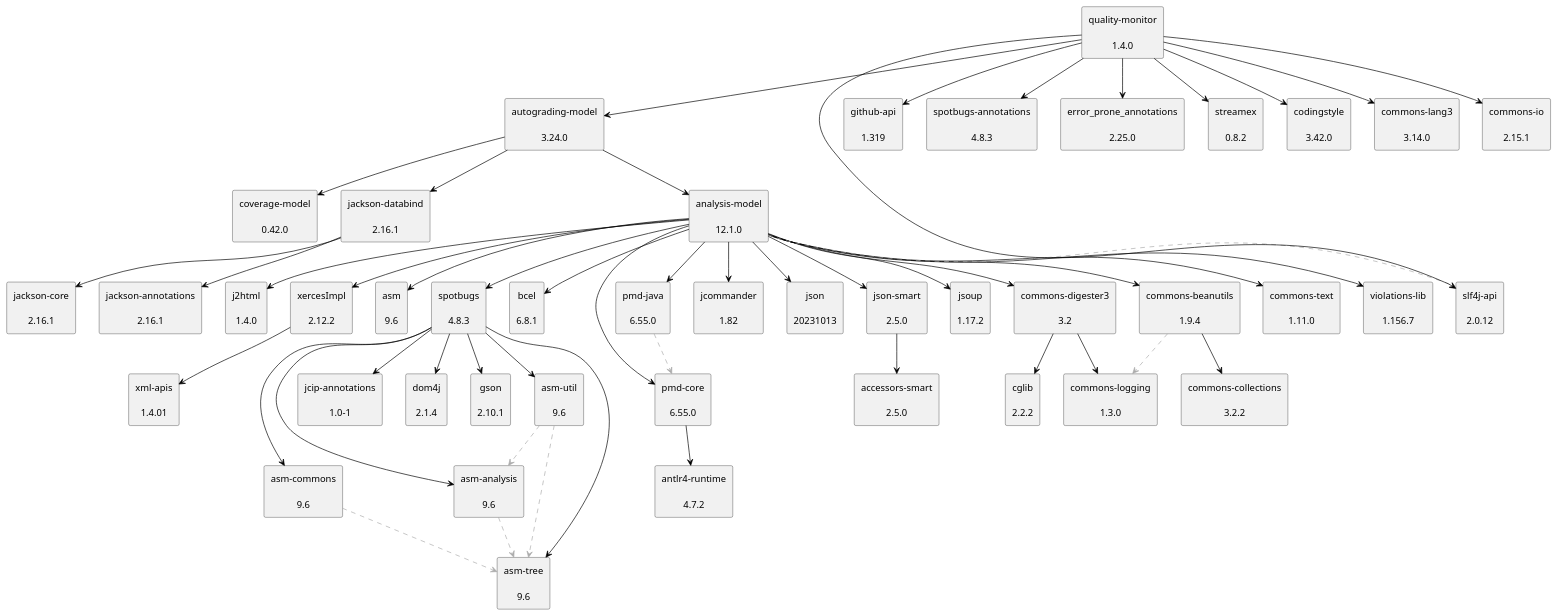
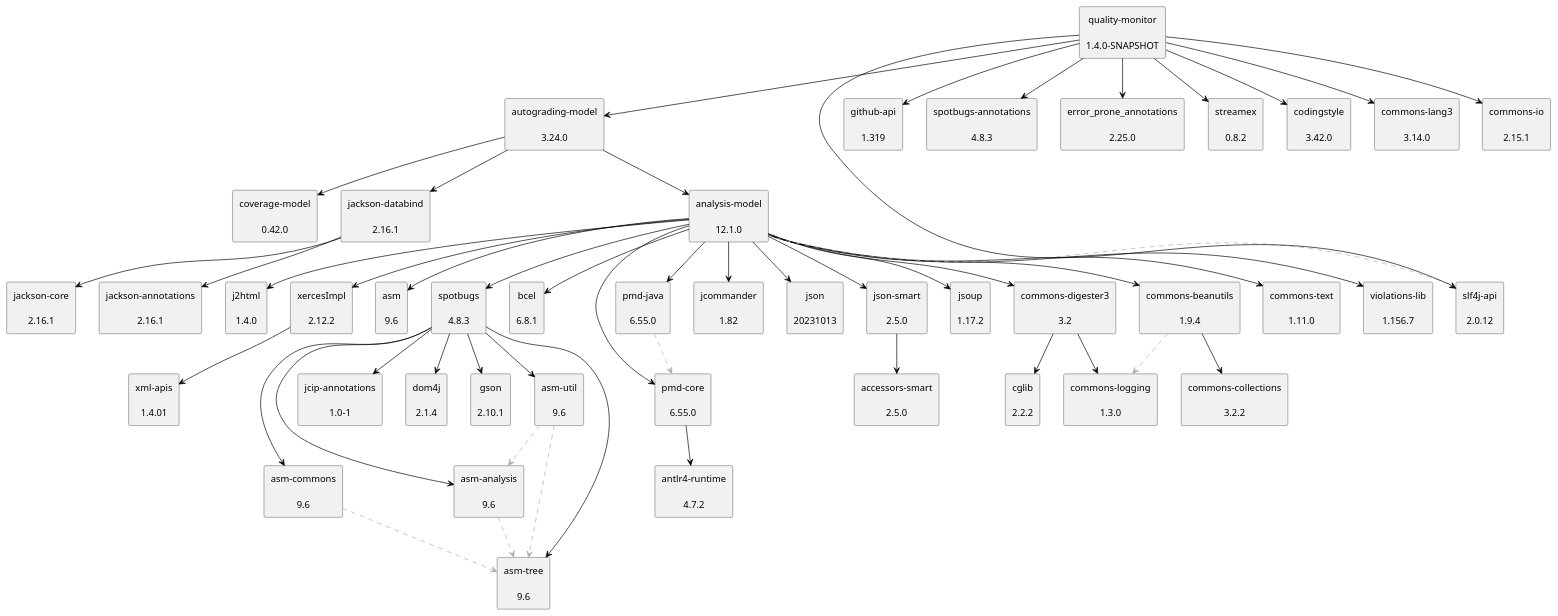
One commit to uhafner/quality-monitor changed the diagram in doc/dependency-graph.puml. Above: the diagram before and after it, drawn with PlantUML. The commit also changed 2 other files, not shown here.

Commit message:
Bump version to 1.5.0-SNAPSHOT.

```diff
--- a/doc/dependency-graph.puml
+++ b/doc/dependency-graph.puml
@@ -1,101 +1,101 @@
 @startuml
 skinparam defaultTextAlignment center
 skinparam rectangle {
   BackgroundColor<<optional>> beige
   BackgroundColor<<test>> lightGreen
   BackgroundColor<<runtime>> lightBlue
   BackgroundColor<<provided>> lightGray
 }
 rectangle "analysis-model\n\n12.1.0" as edu_hm_hafner_analysis_model_jar
 rectangle "jsoup\n\n1.17.2" as org_jsoup_jsoup_jar
 rectangle "commons-digester3\n\n3.2" as org_apache_commons_commons_digester3_jar
 rectangle "cglib\n\n2.2.2" as cglib_cglib_jar
 rectangle "commons-logging\n\n1.3.0" as commons_logging_commons_logging_jar
 rectangle "commons-beanutils\n\n1.9.4" as commons_beanutils_commons_beanutils_jar
 rectangle "commons-collections\n\n3.2.2" as commons_collections_commons_collections_jar
 rectangle "commons-text\n\n1.11.0" as org_apache_commons_commons_text_jar
 rectangle "violations-lib\n\n1.156.7" as se_bjurr_violations_violations_lib_jar
 rectangle "j2html\n\n1.4.0" as com_j2html_j2html_jar
 rectangle "xercesImpl\n\n2.12.2" as xerces_xercesImpl_jar
 rectangle "xml-apis\n\n1.4.01" as xml_apis_xml_apis_jar
 rectangle "asm\n\n9.6" as org_ow2_asm_asm_jar
 rectangle "asm-analysis\n\n9.6" as org_ow2_asm_asm_analysis_jar
 rectangle "asm-tree\n\n9.6" as org_ow2_asm_asm_tree_jar
 rectangle "spotbugs\n\n4.8.3" as com_github_spotbugs_spotbugs_jar
 rectangle "asm-commons\n\n9.6" as org_ow2_asm_asm_commons_jar
 rectangle "asm-util\n\n9.6" as org_ow2_asm_asm_util_jar
 rectangle "jcip-annotations\n\n1.0-1" as com_github_stephenc_jcip_jcip_annotations_jar
 rectangle "dom4j\n\n2.1.4" as org_dom4j_dom4j_jar
 rectangle "gson\n\n2.10.1" as com_google_code_gson_gson_jar
 rectangle "bcel\n\n6.8.1" as org_apache_bcel_bcel_jar
 rectangle "pmd-core\n\n6.55.0" as net_sourceforge_pmd_pmd_core_jar
 rectangle "antlr4-runtime\n\n4.7.2" as org_antlr_antlr4_runtime_jar
 rectangle "jcommander\n\n1.82" as com_beust_jcommander_jar
 rectangle "pmd-java\n\n6.55.0" as net_sourceforge_pmd_pmd_java_jar
 rectangle "json\n\n20231013" as org_json_json_jar
 rectangle "json-smart\n\n2.5.0" as net_minidev_json_smart_jar
 rectangle "accessors-smart\n\n2.5.0" as net_minidev_accessors_smart_jar
 rectangle "slf4j-api\n\n2.0.12" as org_slf4j_slf4j_api_jar
 rectangle "autograding-model\n\n3.24.0" as edu_hm_hafner_autograding_model_jar
 rectangle "coverage-model\n\n0.42.0" as edu_hm_hafner_coverage_model_jar
 rectangle "jackson-databind\n\n2.16.1" as com_fasterxml_jackson_core_jackson_databind_jar
 rectangle "jackson-annotations\n\n2.16.1" as com_fasterxml_jackson_core_jackson_annotations_jar
 rectangle "jackson-core\n\n2.16.1" as com_fasterxml_jackson_core_jackson_core_jar
-rectangle "quality-monitor\n\n1.4.0" as edu_hm_hafner_quality_monitor_jar
+rectangle "quality-monitor\n\n1.4.0-SNAPSHOT" as edu_hm_hafner_quality_monitor_jar
 rectangle "github-api\n\n1.319" as org_kohsuke_github_api_jar
 rectangle "spotbugs-annotations\n\n4.8.3" as com_github_spotbugs_spotbugs_annotations_jar
 rectangle "error_prone_annotations\n\n2.25.0" as com_google_errorprone_error_prone_annotations_jar
 rectangle "streamex\n\n0.8.2" as one_util_streamex_jar
 rectangle "codingstyle\n\n3.42.0" as edu_hm_hafner_codingstyle_jar
 rectangle "commons-lang3\n\n3.14.0" as org_apache_commons_commons_lang3_jar
 rectangle "commons-io\n\n2.15.1" as commons_io_commons_io_jar
 edu_hm_hafner_analysis_model_jar -[#000000]-> org_jsoup_jsoup_jar
 org_apache_commons_commons_digester3_jar -[#000000]-> cglib_cglib_jar
 org_apache_commons_commons_digester3_jar -[#000000]-> commons_logging_commons_logging_jar
 edu_hm_hafner_analysis_model_jar -[#000000]-> org_apache_commons_commons_digester3_jar
 commons_beanutils_commons_beanutils_jar .[#ABABAB].> commons_logging_commons_logging_jar
 commons_beanutils_commons_beanutils_jar -[#000000]-> commons_collections_commons_collections_jar
 edu_hm_hafner_analysis_model_jar -[#000000]-> commons_beanutils_commons_beanutils_jar
 edu_hm_hafner_analysis_model_jar -[#000000]-> org_apache_commons_commons_text_jar
 edu_hm_hafner_analysis_model_jar -[#000000]-> se_bjurr_violations_violations_lib_jar
 edu_hm_hafner_analysis_model_jar -[#000000]-> com_j2html_j2html_jar
 xerces_xercesImpl_jar -[#000000]-> xml_apis_xml_apis_jar
 edu_hm_hafner_analysis_model_jar -[#000000]-> xerces_xercesImpl_jar
 edu_hm_hafner_analysis_model_jar -[#000000]-> org_ow2_asm_asm_jar
 org_ow2_asm_asm_analysis_jar .[#ABABAB].> org_ow2_asm_asm_tree_jar
 com_github_spotbugs_spotbugs_jar -[#000000]-> org_ow2_asm_asm_analysis_jar
 org_ow2_asm_asm_commons_jar .[#ABABAB].> org_ow2_asm_asm_tree_jar
 com_github_spotbugs_spotbugs_jar -[#000000]-> org_ow2_asm_asm_commons_jar
 com_github_spotbugs_spotbugs_jar -[#000000]-> org_ow2_asm_asm_tree_jar
 org_ow2_asm_asm_util_jar .[#ABABAB].> org_ow2_asm_asm_tree_jar
 org_ow2_asm_asm_util_jar .[#ABABAB].> org_ow2_asm_asm_analysis_jar
 com_github_spotbugs_spotbugs_jar -[#000000]-> org_ow2_asm_asm_util_jar
 com_github_spotbugs_spotbugs_jar -[#000000]-> com_github_stephenc_jcip_jcip_annotations_jar
 com_github_spotbugs_spotbugs_jar -[#000000]-> org_dom4j_dom4j_jar
 com_github_spotbugs_spotbugs_jar -[#000000]-> com_google_code_gson_gson_jar
 edu_hm_hafner_analysis_model_jar -[#000000]-> com_github_spotbugs_spotbugs_jar
 edu_hm_hafner_analysis_model_jar -[#000000]-> org_apache_bcel_bcel_jar
 net_sourceforge_pmd_pmd_core_jar -[#000000]-> org_antlr_antlr4_runtime_jar
 edu_hm_hafner_analysis_model_jar -[#000000]-> net_sourceforge_pmd_pmd_core_jar
 edu_hm_hafner_analysis_model_jar -[#000000]-> com_beust_jcommander_jar
 net_sourceforge_pmd_pmd_java_jar .[#ABABAB].> net_sourceforge_pmd_pmd_core_jar
 edu_hm_hafner_analysis_model_jar -[#000000]-> net_sourceforge_pmd_pmd_java_jar
 edu_hm_hafner_analysis_model_jar -[#000000]-> org_json_json_jar
 net_minidev_json_smart_jar -[#000000]-> net_minidev_accessors_smart_jar
 edu_hm_hafner_analysis_model_jar -[#000000]-> net_minidev_json_smart_jar
 edu_hm_hafner_analysis_model_jar .[#ABABAB].> org_slf4j_slf4j_api_jar
 edu_hm_hafner_autograding_model_jar -[#000000]-> edu_hm_hafner_analysis_model_jar
 edu_hm_hafner_autograding_model_jar -[#000000]-> edu_hm_hafner_coverage_model_jar
 com_fasterxml_jackson_core_jackson_databind_jar -[#000000]-> com_fasterxml_jackson_core_jackson_annotations_jar
 com_fasterxml_jackson_core_jackson_databind_jar -[#000000]-> com_fasterxml_jackson_core_jackson_core_jar
 edu_hm_hafner_autograding_model_jar -[#000000]-> com_fasterxml_jackson_core_jackson_databind_jar
 edu_hm_hafner_quality_monitor_jar -[#000000]-> edu_hm_hafner_autograding_model_jar
 edu_hm_hafner_quality_monitor_jar -[#000000]-> org_kohsuke_github_api_jar
 edu_hm_hafner_quality_monitor_jar -[#000000]-> org_slf4j_slf4j_api_jar
 edu_hm_hafner_quality_monitor_jar -[#000000]-> com_github_spotbugs_spotbugs_annotations_jar
 edu_hm_hafner_quality_monitor_jar -[#000000]-> com_google_errorprone_error_prone_annotations_jar
 edu_hm_hafner_quality_monitor_jar -[#000000]-> one_util_streamex_jar
 edu_hm_hafner_quality_monitor_jar -[#000000]-> edu_hm_hafner_codingstyle_jar
 edu_hm_hafner_quality_monitor_jar -[#000000]-> org_apache_commons_commons_lang3_jar
 edu_hm_hafner_quality_monitor_jar -[#000000]-> commons_io_commons_io_jar
 @enduml
```
